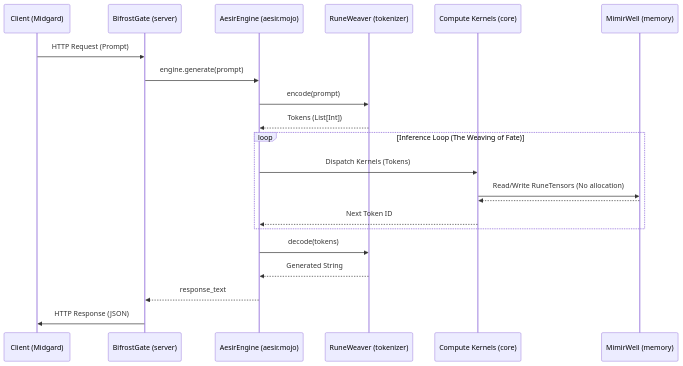
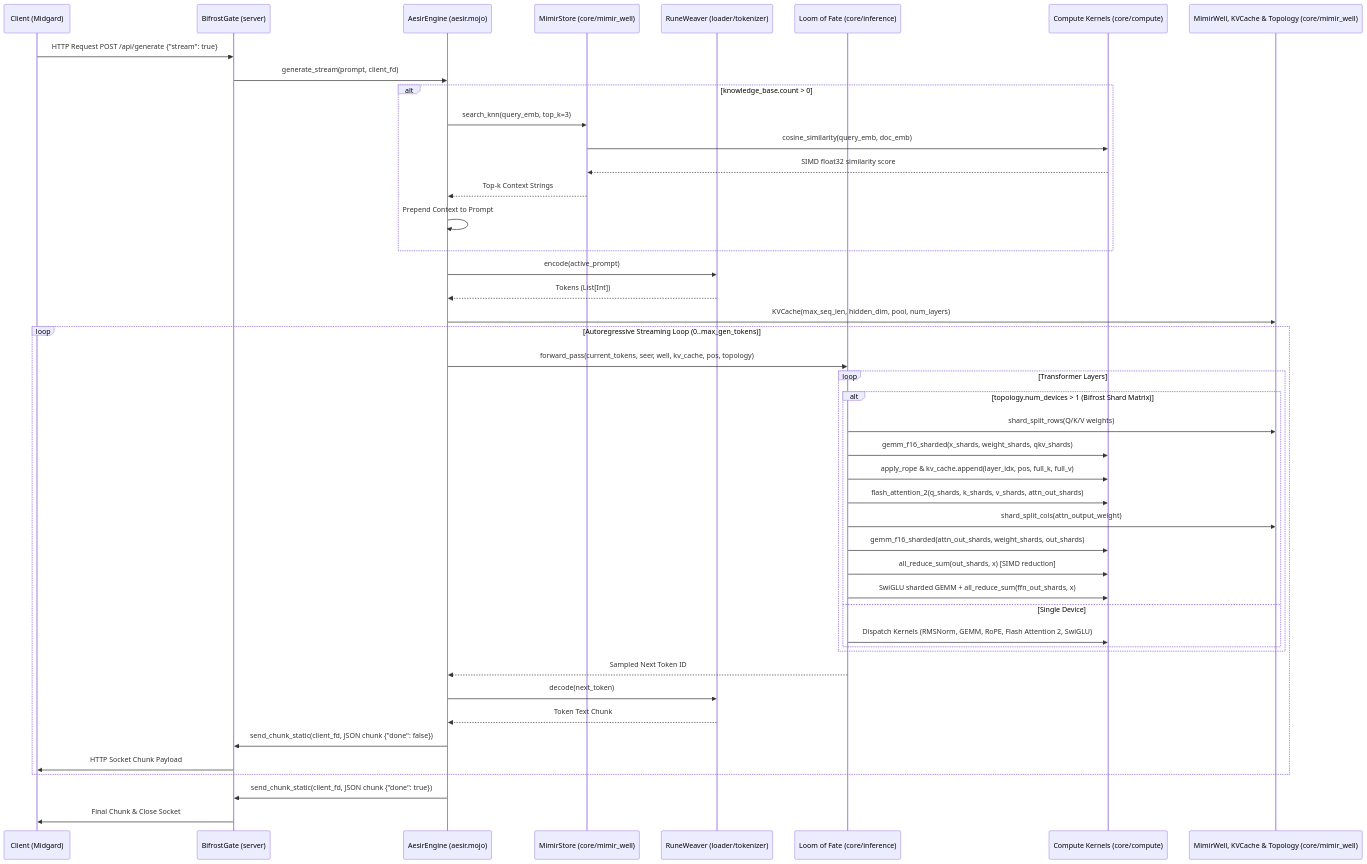
The diagram in DATA_FLOW.md (hrabanazviking/RuneForgeAI-Project-Aesir), drawn with Mermaid before and after one commit. The commit also changed other lines of this file and 114 other files, not shown here.

````diff
--- a/DATA_FLOW.md
+++ b/DATA_FLOW.md
@@ -35,28 +48,53 @@
 ```mermaid
 sequenceDiagram
     participant C as Client (Midgard)
     participant B as BifrostGate (server)
     participant E as AesirEngine (aesir.mojo)
-    participant W as RuneWeaver (tokenizer)
-    participant K as Compute Kernels (core)
-    participant M as MimirWell (memory)
+    participant S as MimirStore (core/mimir_well)
+    participant W as RuneWeaver (loader/tokenizer)
+    participant I as Loom of Fate (core/inference)
+    participant K as Compute Kernels (core/compute)
+    participant M as MimirWell, KVCache & Topology (core/mimir_well)
 
-    C->>B: HTTP Request (Prompt)
-    B->>E: engine.generate(prompt)
+    C->>B: HTTP Request POST /api/generate {"stream": true}
+    B->>E: generate_stream(prompt, client_fd)
     
-    E->>W: encode(prompt)
+    alt knowledge_base.count > 0
+        E->>S: search_knn(query_emb, top_k=3)
+        S->>K: cosine_similarity(query_emb, doc_emb)
+        K-->>S: SIMD float32 similarity score
+        S-->>E: Top-k Context Strings
+        E->>E: Prepend Context to Prompt
+    end
+
+    E->>W: encode(active_prompt)
     W-->>E: Tokens (List[Int])
+    E->>M: KVCache(max_seq_len, hidden_dim, pool, num_layers)
     
-    loop Inference Loop (The Weaving of Fate)
-        E->>K: Dispatch Kernels (Tokens)
-        K->>M: Read/Write RuneTensors (No allocation)
-        M-->>K: 
-        K-->>E: Next Token ID
+    loop Autoregressive Streaming Loop (0..max_gen_tokens)
+        E->>I: forward_pass(current_tokens, seer, well, kv_cache, pos, topology)
+        loop Transformer Layers
+            alt topology.num_devices > 1 (Bifrost Shard Matrix)
+                I->>M: shard_split_rows(Q/K/V weights)
+                I->>K: gemm_f16_sharded(x_shards, weight_shards, qkv_shards)
+                I->>K: apply_rope & kv_cache.append(layer_idx, pos, full_k, full_v)
+                I->>K: flash_attention_2(q_shards, k_shards, v_shards, attn_out_shards)
+                I->>M: shard_split_cols(attn_output_weight)
+                I->>K: gemm_f16_sharded(attn_out_shards, weight_shards, out_shards)
+                I->>K: all_reduce_sum(out_shards, x) [SIMD reduction]
+                I->>K: SwiGLU sharded GEMM + all_reduce_sum(ffn_out_shards, x)
+            else Single Device
+                I->>K: Dispatch Kernels (RMSNorm, GEMM, RoPE, Flash Attention 2, SwiGLU)
+            end
+        end
+        I-->>E: Sampled Next Token ID
+        
+        E->>W: decode(next_token)
+        W-->>E: Token Text Chunk
+        E->>B: send_chunk_static(client_fd, JSON chunk {"done": false})
+        B->>C: HTTP Socket Chunk Payload
     end
-    
-    E->>W: decode(tokens)
-    W-->>E: Generated String
-    
-    E-->>B: response_text
-    B->>C: HTTP Response (JSON)
+
+    E->>B: send_chunk_static(client_fd, JSON chunk {"done": true})
+    B->>C: Final Chunk & Close Socket
 ```
````
